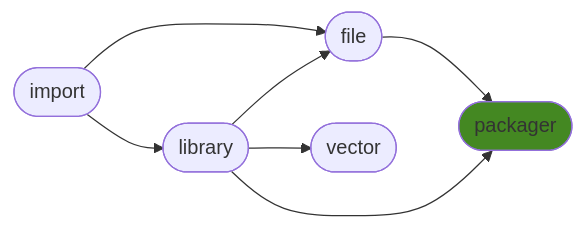
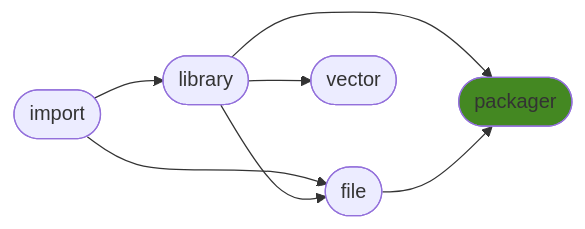
The diagram in README.md (ManderaGeneral/generalpackager), drawn with Mermaid before and after one commit. The commit also changed other lines of this file, not shown here.

````diff
--- a/README.md
+++ b/README.md
@@ -24,15 +24,15 @@
 ```mermaid
 flowchart LR
+1([library]) --> 4([packager])
+2([file]) --> 4([packager])
+0([import]) --> 2([file])
+1([library]) --> 3([vector])
 0([import]) --> 1([library])
-2([file]) --> 4([packager])
-1([library]) --> 3([vector])
-0([import]) --> 2([file])
-1([library]) --> 4([packager])
 1([library]) --> 2([file])
 click 0 "https://github.com/ManderaGeneral/generalimport"
 click 1 "https://github.com/ManderaGeneral/generallibrary"
 click 2 "https://github.com/ManderaGeneral/generalfile"
 click 3 "https://github.com/ManderaGeneral/generalvector"
 click 4 "https://github.com/ManderaGeneral/generalpackager"
 style 4 fill:#482
 ```
````
